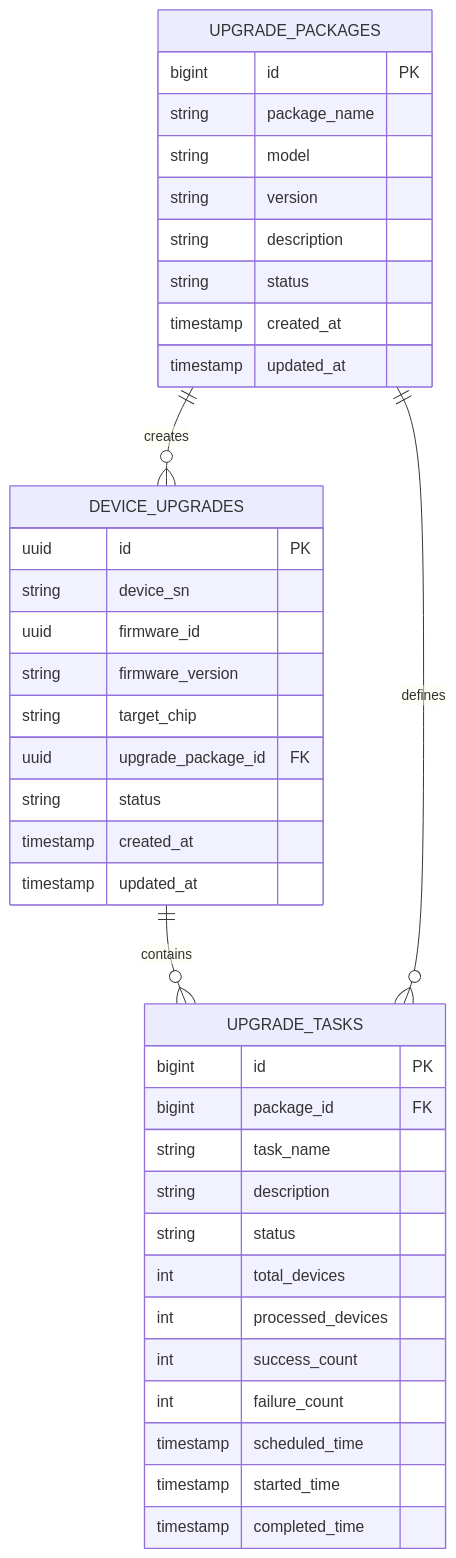
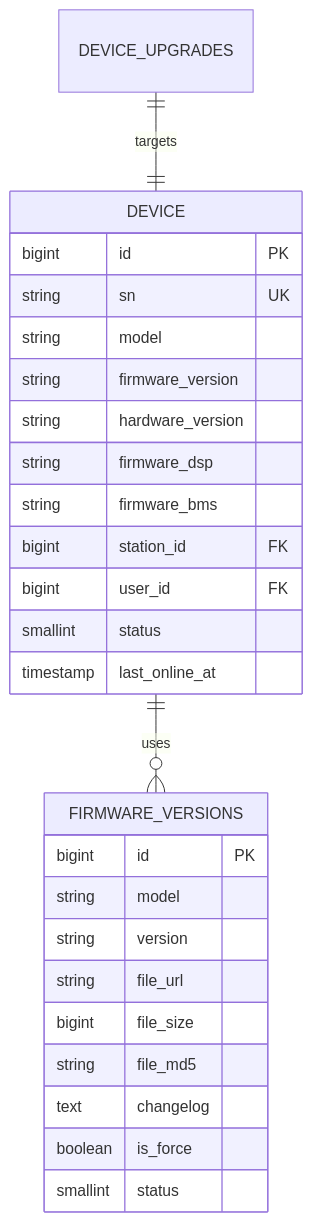
The second of 23 diagrams in .qoder/repowiki/zh/content/数据库设计/数据库迁移管理.md (mcmrzy/cs_inv_monitor-develop), drawn with Mermaid before and after one commit. The commit also changed other lines of this file and 12 other files, not shown here.

````diff
--- a/.qoder/repowiki/zh/content/数据库设计/数据库迁移管理.md
+++ b/.qoder/repowiki/zh/content/数据库设计/数据库迁移管理.md
@@ -118,41 +137,29 @@
 ```mermaid
 erDiagram
-DEVICE_UPGRADES {
-uuid id PK
-string device_sn
-uuid firmware_id
+DEVICE {
+bigint id PK
+string sn UK
+string model
 string firmware_version
-string target_chip
-uuid upgrade_package_id FK
-string status
-timestamp created_at
-timestamp updated_at
+string hardware_version
+string firmware_dsp
+string firmware_bms
+bigint station_id FK
+bigint user_id FK
+smallint status
+timestamp last_online_at
 }
-UPGRADE_PACKAGES {
+FIRMWARE_VERSIONS {
 bigint id PK
-string package_name
 string model
 string version
-string description
-string status
-timestamp created_at
-timestamp updated_at
+string file_url
+bigint file_size
+string file_md5
+text changelog
+boolean is_force
+smallint status
 }
-UPGRADE_TASKS {
-bigint id PK
-bigint package_id FK
-string task_name
-string description
-string status
-int total_devices
-int processed_devices
-int success_count
-int failure_count
-timestamp scheduled_time
-timestamp started_time
-timestamp completed_time
-}
-DEVICE_UPGRADES ||--o{ UPGRADE_TASKS : contains
-UPGRADE_PACKAGES ||--o{ DEVICE_UPGRADES : creates
-UPGRADE_PACKAGES ||--o{ UPGRADE_TASKS : defines
+DEVICE ||--o{ FIRMWARE_VERSIONS : uses
+DEVICE_UPGRADES ||--|| DEVICE : targets
 ```
````
